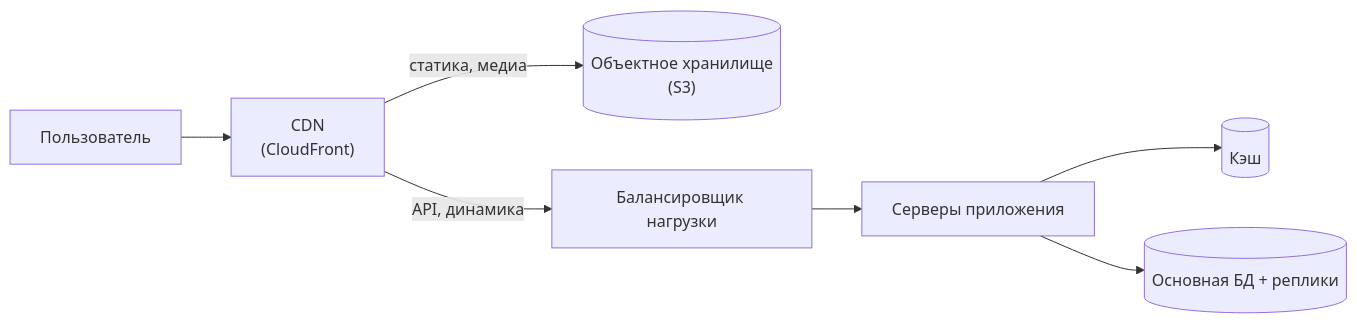
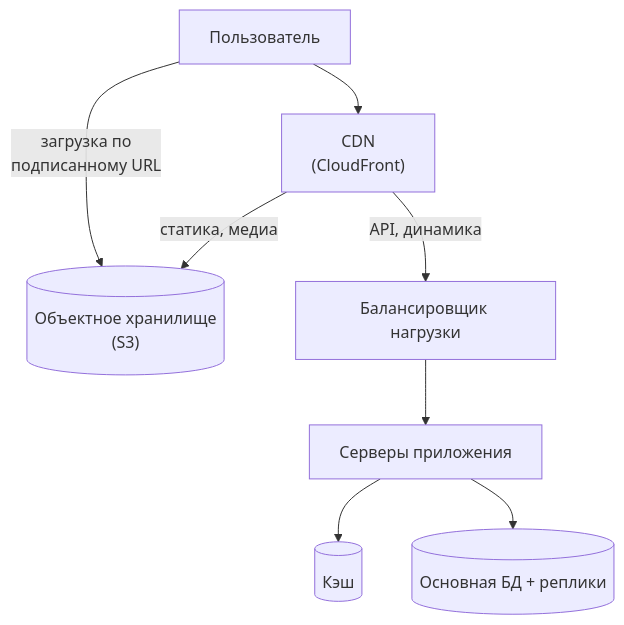
One commit to butyavk/system-design changed the sixth of 9 diagrams in src/content/docs/ru/practice/scaling-to-millions.mdx. Above: the diagram before and after it, drawn with Mermaid. The commit also changed other lines of this file and 144 other files, not shown here.

````diff
--- a/src/content/docs/ru/practice/scaling-to-millions.mdx
+++ b/src/content/docs/ru/practice/scaling-to-millions.mdx
@@ -230,9 +230,10 @@
 ```mermaid
-flowchart LR
+flowchart TB
   user["Пользователь"] --> cdn["CDN<br/>(CloudFront)"]
+  user -->|"загрузка по<br/>подписанному URL"| obj
   cdn -->|"статика, медиа"| obj[("Объектное хранилище<br/>(S3)")]
   cdn -->|"API, динамика"| lb["Балансировщик нагрузки"]
   lb --> app["Серверы приложения"]
   app --> cache[("Кэш")]
   app --> db[("Основная БД + реплики")]
 ```
````
